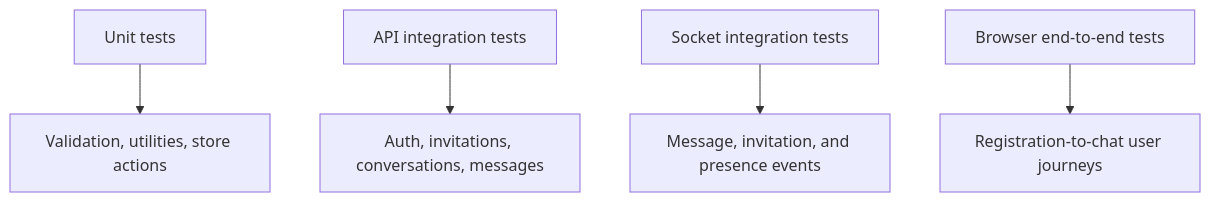
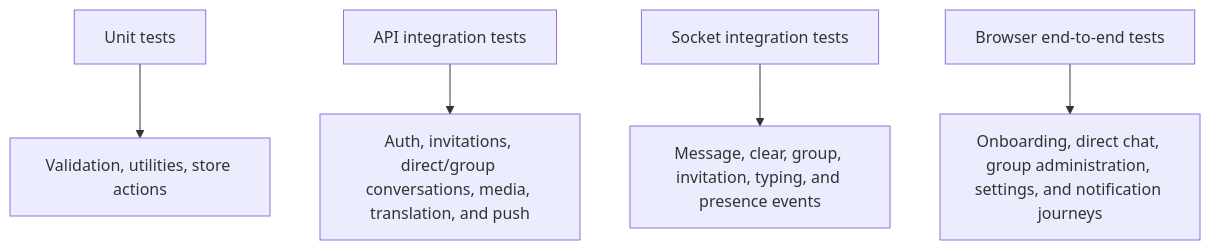
One commit to Saurav11343/click-chat changed the first of 2 diagrams in docs/09-testing-and-roadmap.md. Above: the diagram before and after it, drawn with Mermaid. The commit also changed other lines of this file and 11 other files, not shown here.

Commit message:
update diagrams

````diff
--- a/docs/09-testing-and-roadmap.md
+++ b/docs/09-testing-and-roadmap.md
@@ -144,7 +144,7 @@
 ```mermaid
 flowchart TD
     UNIT["Unit tests"] --> VAL["Validation, utilities, store actions"]
-    INT["API integration tests"] --> HTTP["Auth, invitations, conversations, messages"]
-    SOCK["Socket integration tests"] --> EVT["Message, invitation, and presence events"]
-    E2E["Browser end-to-end tests"] --> FLOW["Registration-to-chat user journeys"]
+    INT["API integration tests"] --> HTTP["Auth, invitations, direct/group conversations, media, translation, and push"]
+    SOCK["Socket integration tests"] --> EVT["Message, clear, group, invitation, typing, and presence events"]
+    E2E["Browser end-to-end tests"] --> FLOW["Onboarding, direct chat, group administration, settings, and notification journeys"]
 ```
````
